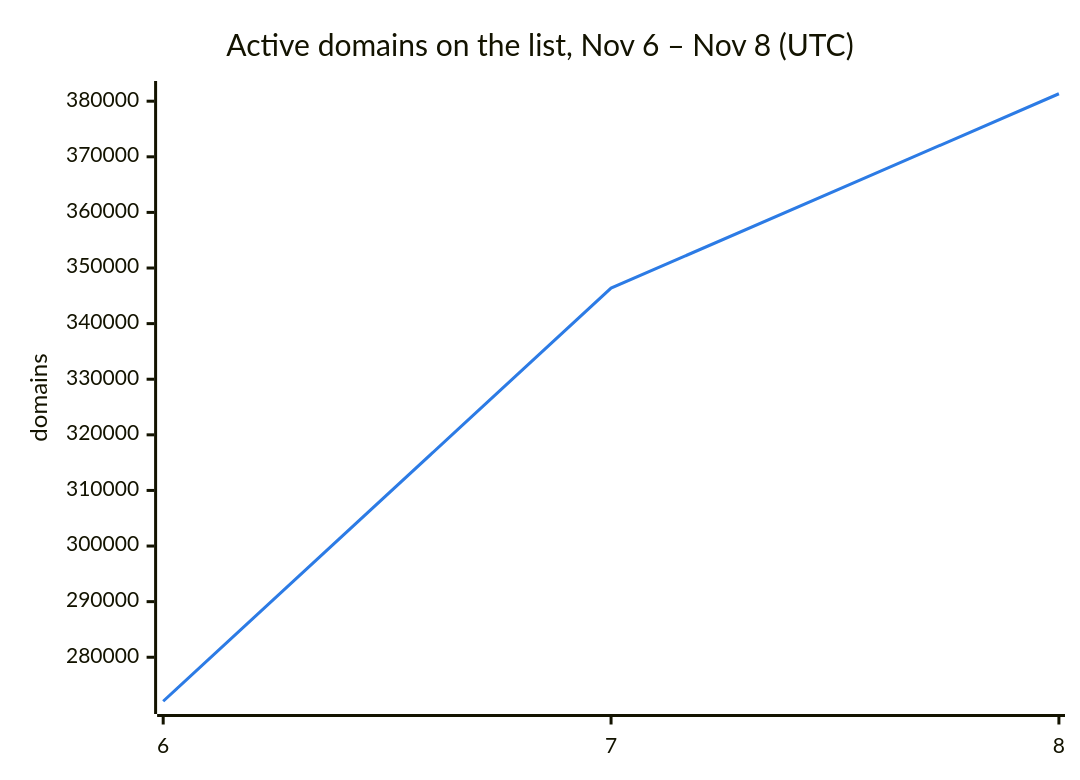
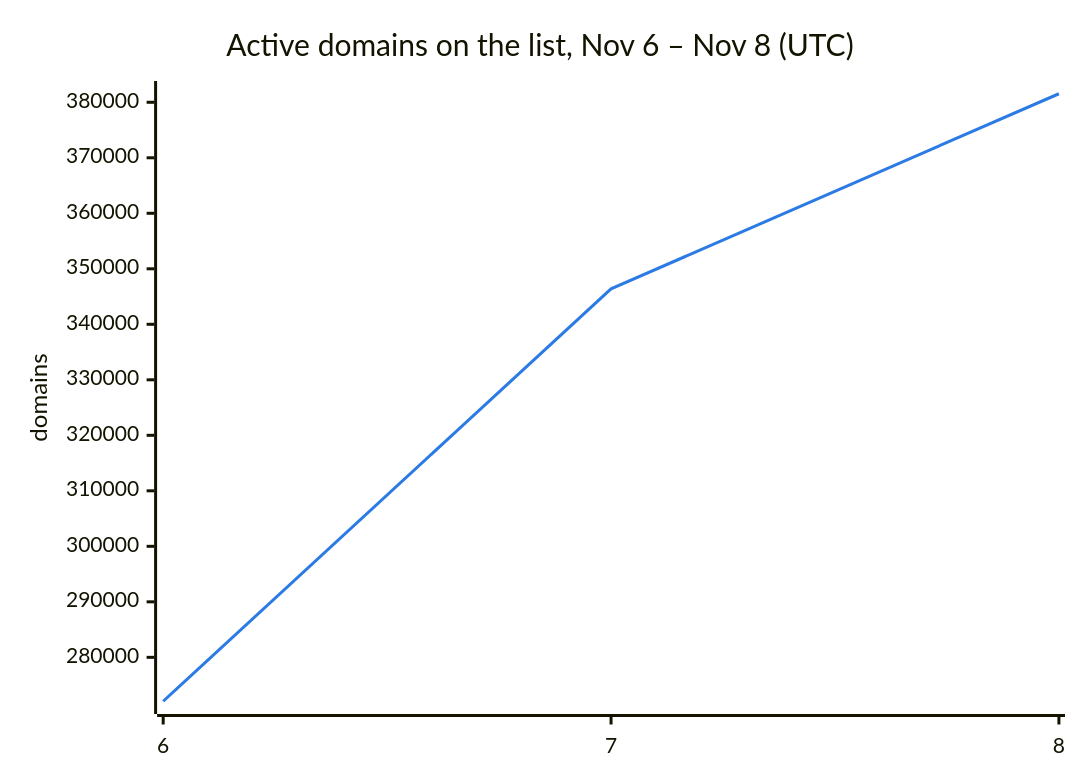
Before and after one commit to DNSBunker/CTI: the second of 3 diagrams in README.md, drawn with Mermaid. The commit also changed other lines of this file and 3 other files, not shown here.

````diff
--- a/README.md
+++ b/README.md
@@ -38,8 +38,8 @@
 ```mermaid
 %%{init: {"themeVariables": {"xyChart": {"plotColorPalette": "#2c7be5"}}}}%%
 xychart-beta
     title "Active domains on the list, Nov 6 – Nov 8 (UTC)"
     x-axis ["6", "7", "8"]
     y-axis "domains"
-    line [272088, 346388, 381339]
+    line [272088, 346388, 381536]
 ```
````
